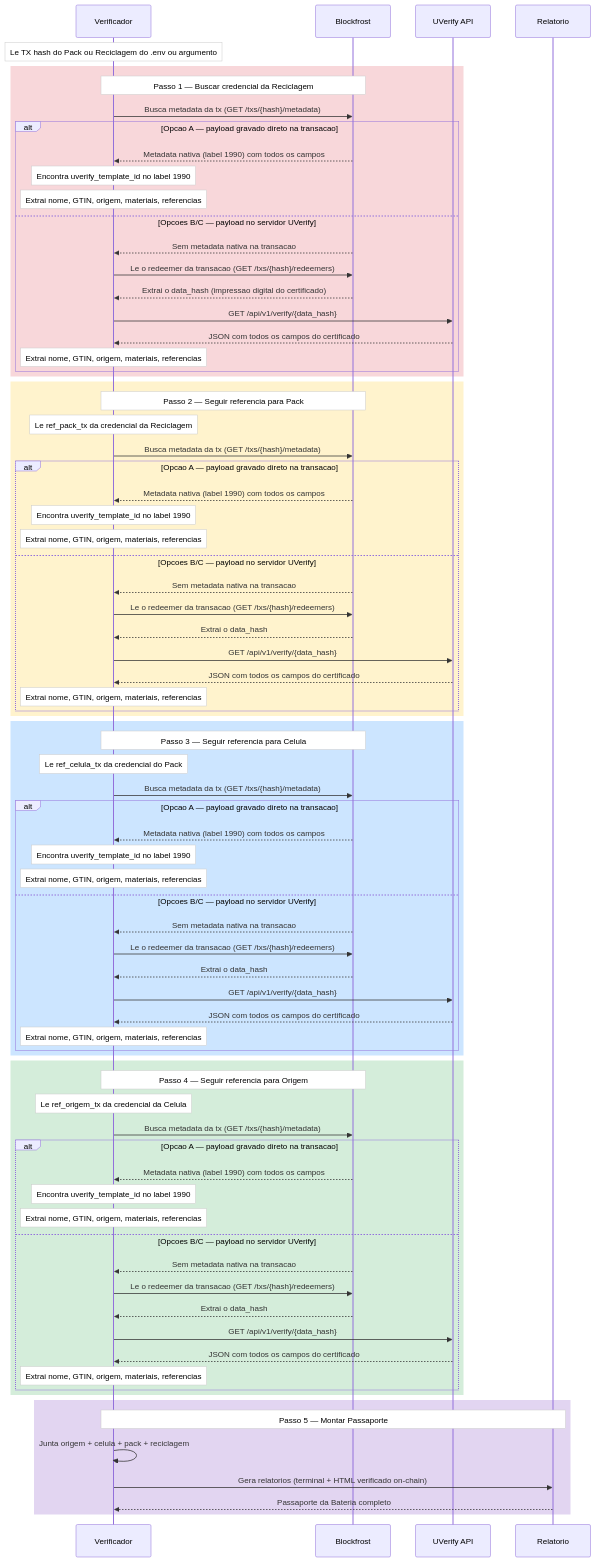
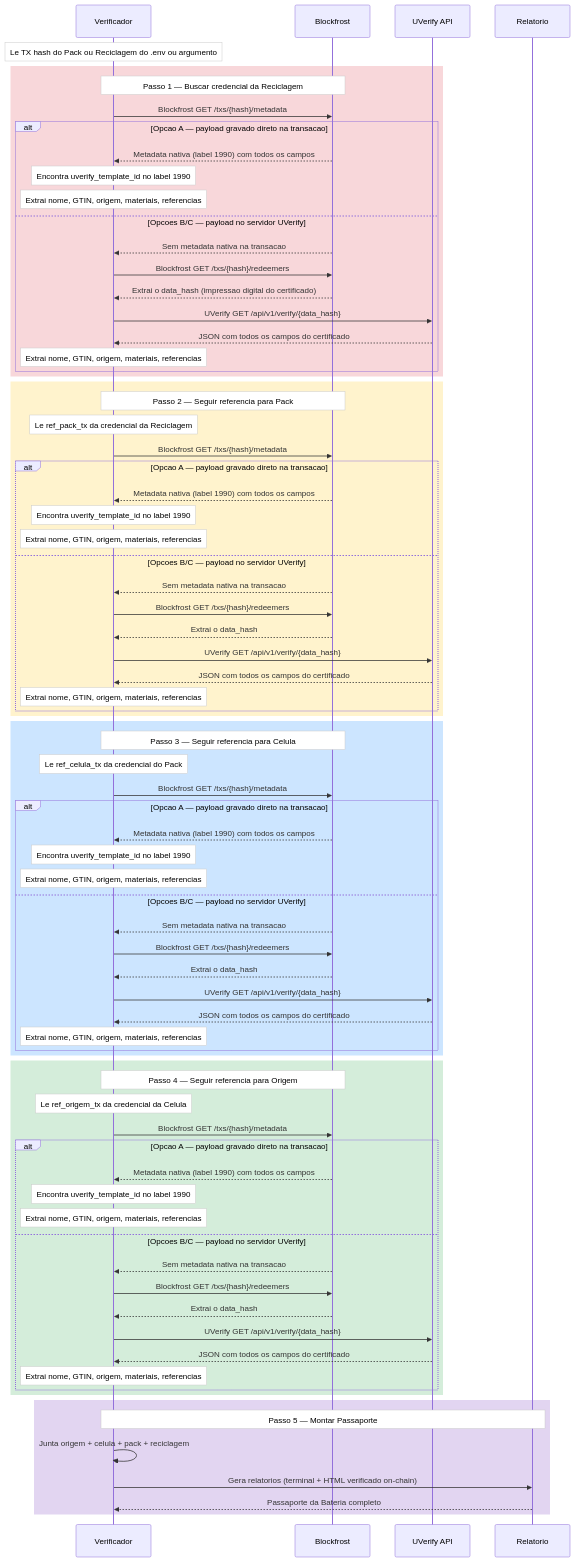
The fifth of 6 diagrams in arquitetura-dpp.md (darlisagc/cardano-battery-passport), drawn with Mermaid before and after one commit.

Commit message:
Prefix API names (Blockfrost/UVerify) on endpoints in sequence diagram

```diff
--- a/arquitetura-dpp.md
+++ b/arquitetura-dpp.md
@@ -303,16 +303,16 @@
 
     rect rgb(248, 215, 218)
     Note over V,BF: Passo 1 — Buscar credencial da Reciclagem
-    V->>BF: Busca metadata da tx (GET /txs/{hash}/metadata)
+    V->>BF: Blockfrost GET /txs/{hash}/metadata
     alt Opcao A — payload gravado direto na transacao
         BF-->>V: Metadata nativa (label 1990) com todos os campos
         Note over V: Encontra uverify_template_id no label 1990
         Note over V: Extrai nome, GTIN, origem, materiais, referencias
     else Opcoes B/C — payload no servidor UVerify
         BF-->>V: Sem metadata nativa na transacao
-        V->>BF: Le o redeemer da transacao (GET /txs/{hash}/redeemers)
+        V->>BF: Blockfrost GET /txs/{hash}/redeemers
         BF-->>V: Extrai o data_hash (impressao digital do certificado)
-        V->>UV: GET /api/v1/verify/{data_hash}
+        V->>UV: UVerify GET /api/v1/verify/{data_hash}
         UV-->>V: JSON com todos os campos do certificado
         Note over V: Extrai nome, GTIN, origem, materiais, referencias
     end
@@ -321,16 +321,16 @@
     rect rgb(255, 243, 205)
     Note over V,BF: Passo 2 — Seguir referencia para Pack
     Note over V: Le ref_pack_tx da credencial da Reciclagem
-    V->>BF: Busca metadata da tx (GET /txs/{hash}/metadata)
+    V->>BF: Blockfrost GET /txs/{hash}/metadata
     alt Opcao A — payload gravado direto na transacao
         BF-->>V: Metadata nativa (label 1990) com todos os campos
         Note over V: Encontra uverify_template_id no label 1990
         Note over V: Extrai nome, GTIN, origem, materiais, referencias
     else Opcoes B/C — payload no servidor UVerify
         BF-->>V: Sem metadata nativa na transacao
-        V->>BF: Le o redeemer da transacao (GET /txs/{hash}/redeemers)
+        V->>BF: Blockfrost GET /txs/{hash}/redeemers
         BF-->>V: Extrai o data_hash
-        V->>UV: GET /api/v1/verify/{data_hash}
+        V->>UV: UVerify GET /api/v1/verify/{data_hash}
         UV-->>V: JSON com todos os campos do certificado
         Note over V: Extrai nome, GTIN, origem, materiais, referencias
     end
@@ -339,16 +339,16 @@
     rect rgb(204, 229, 255)
     Note over V,BF: Passo 3 — Seguir referencia para Celula
     Note over V: Le ref_celula_tx da credencial do Pack
-    V->>BF: Busca metadata da tx (GET /txs/{hash}/metadata)
+    V->>BF: Blockfrost GET /txs/{hash}/metadata
     alt Opcao A — payload gravado direto na transacao
         BF-->>V: Metadata nativa (label 1990) com todos os campos
         Note over V: Encontra uverify_template_id no label 1990
         Note over V: Extrai nome, GTIN, origem, materiais, referencias
     else Opcoes B/C — payload no servidor UVerify
         BF-->>V: Sem metadata nativa na transacao
-        V->>BF: Le o redeemer da transacao (GET /txs/{hash}/redeemers)
+        V->>BF: Blockfrost GET /txs/{hash}/redeemers
         BF-->>V: Extrai o data_hash
-        V->>UV: GET /api/v1/verify/{data_hash}
+        V->>UV: UVerify GET /api/v1/verify/{data_hash}
         UV-->>V: JSON com todos os campos do certificado
         Note over V: Extrai nome, GTIN, origem, materiais, referencias
     end
@@ -357,16 +357,16 @@
     rect rgb(212, 237, 218)
     Note over V,BF: Passo 4 — Seguir referencia para Origem
     Note over V: Le ref_origem_tx da credencial da Celula
-    V->>BF: Busca metadata da tx (GET /txs/{hash}/metadata)
+    V->>BF: Blockfrost GET /txs/{hash}/metadata
     alt Opcao A — payload gravado direto na transacao
         BF-->>V: Metadata nativa (label 1990) com todos os campos
         Note over V: Encontra uverify_template_id no label 1990
         Note over V: Extrai nome, GTIN, origem, materiais, referencias
     else Opcoes B/C — payload no servidor UVerify
         BF-->>V: Sem metadata nativa na transacao
-        V->>BF: Le o redeemer da transacao (GET /txs/{hash}/redeemers)
+        V->>BF: Blockfrost GET /txs/{hash}/redeemers
         BF-->>V: Extrai o data_hash
-        V->>UV: GET /api/v1/verify/{data_hash}
+        V->>UV: UVerify GET /api/v1/verify/{data_hash}
         UV-->>V: JSON com todos os campos do certificado
         Note over V: Extrai nome, GTIN, origem, materiais, referencias
     end
```
